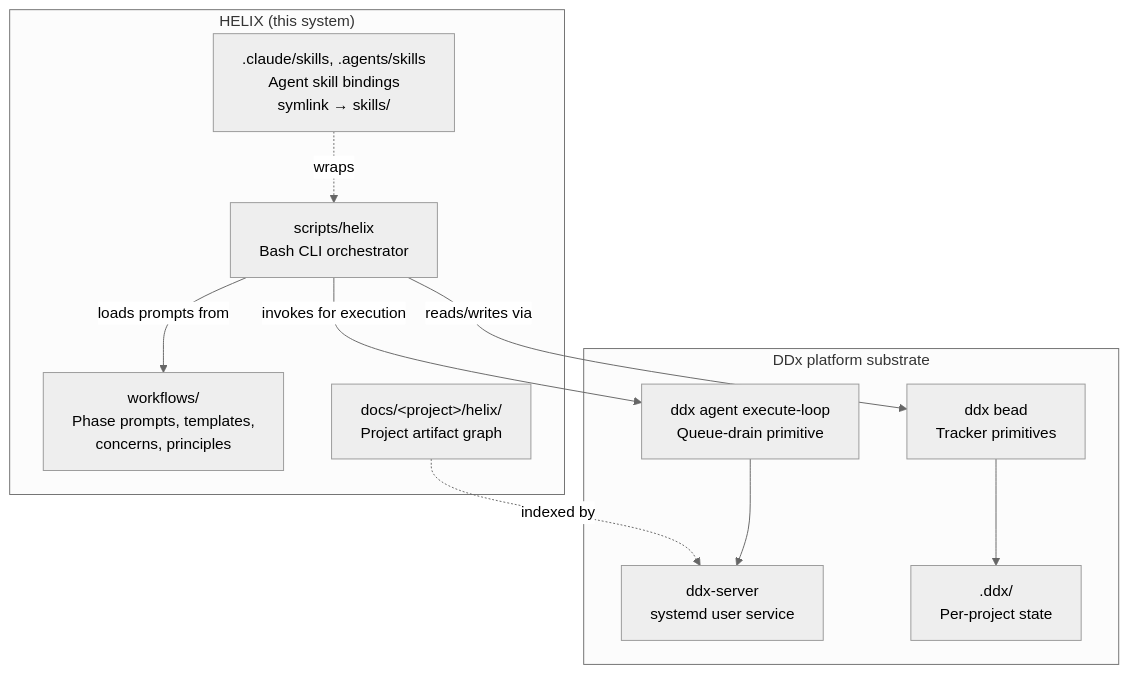
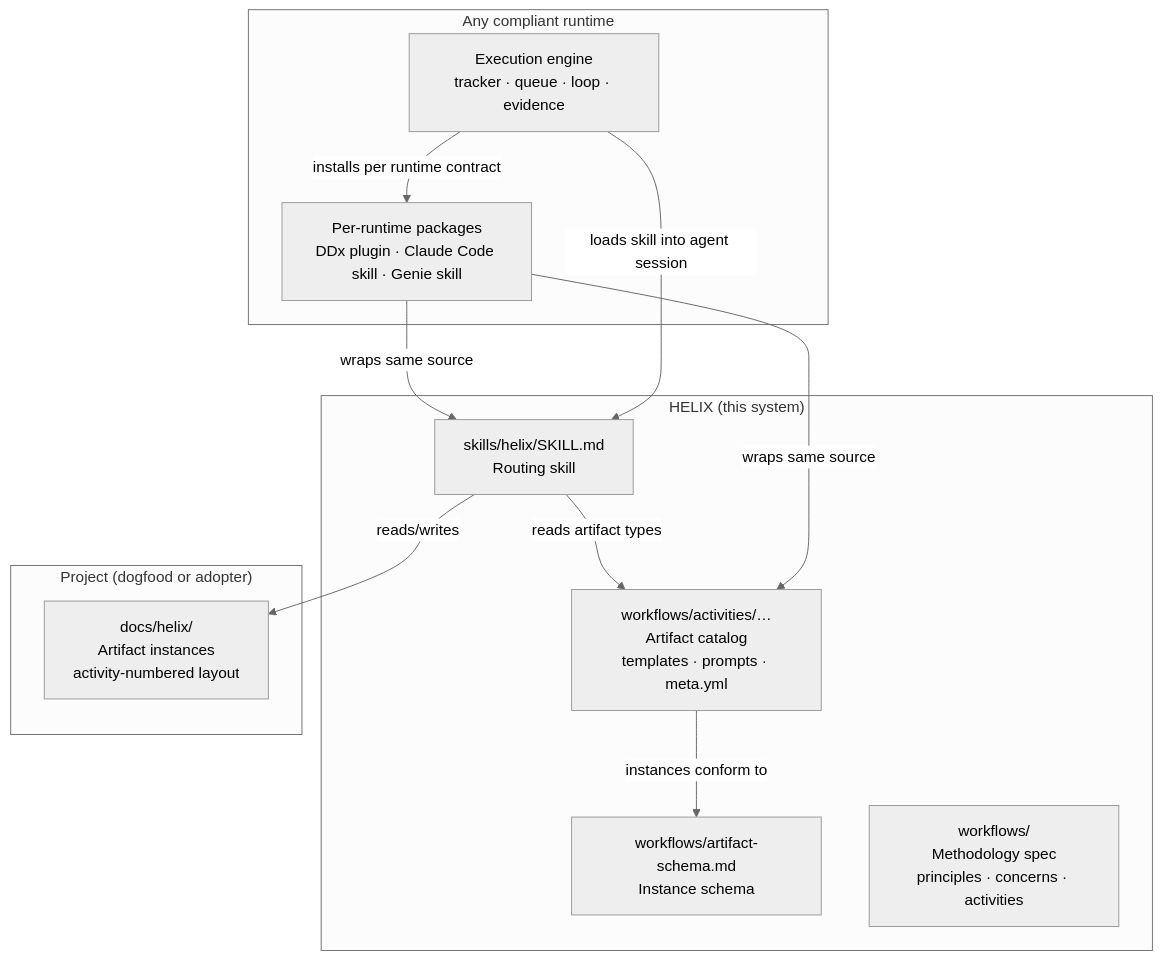
The second of 2 diagrams in website/content/artifacts/architecture.md (easel/helix), drawn with Mermaid (neutral theme) before and after one commit. The commit also changed other lines of this file and 129 other files, not shown here.

First line of the commit message:
website: regenerate artifact-types, artifacts, concerns from renamed sources

````diff
--- a/website/content/artifacts/architecture.md
+++ b/website/content/artifacts/architecture.md
@@ -68,24 +70,26 @@
 ```mermaid
 graph TB
     subgraph helix["HELIX (this system)"]
-        cli[scripts/helix<br/>Bash CLI orchestrator]
-        wf[workflows/<br/>Phase prompts, templates,<br/>concerns, principles]
-        skills[.claude/skills, .agents/skills<br/>Agent skill bindings<br/>symlink → skills/]
-        artifacts[docs/&lt;project&gt;/helix/<br/>Project artifact graph]
+        skill["skills/helix/SKILL.md<br/>Routing skill"]
+        catalog["workflows/activities/…<br/>Artifact catalog<br/>templates · prompts · meta.yml"]
+        schema["workflows/artifact-schema.md<br/>Instance schema"]
+        wfdocs["workflows/<br/>Methodology spec<br/>principles · concerns · activities"]
     end
 
-    subgraph ddx["DDx platform substrate"]
-        server[ddx-server<br/>systemd user service]
-        bead[ddx bead<br/>Tracker primitives]
-        loop[ddx agent execute-loop<br/>Queue-drain primitive]
-        state[.ddx/<br/>Per-project state]
+    subgraph project["Project (dogfood or adopter)"]
+        instances["docs/helix/<br/>Artifact instances<br/>activity-numbered layout"]
     end
 
-    cli -->|invokes for execution| loop
-    cli -->|reads/writes via| bead
-    cli -->|loads prompts from| wf
-    skills -.wraps.-> cli
-    artifacts -.indexed by.-> server
-    bead --> state
-    loop --> server
+    subgraph runtime["Any compliant runtime"]
+        engine["Execution engine<br/>tracker · queue · loop · evidence"]
+        packages["Per-runtime packages<br/>DDx plugin · Claude Code skill · Genie skill"]
+    end
+
+    skill -->|"reads artifact types"| catalog
+    skill -->|"reads/writes"| instances
+    catalog -->|"instances conform to"| schema
+    packages -->|"wraps same source"| skill
+    packages -->|"wraps same source"| catalog
+    engine -->|"loads skill into agent session"| skill
+    engine -->|"installs per runtime contract"| packages
 ```
````
